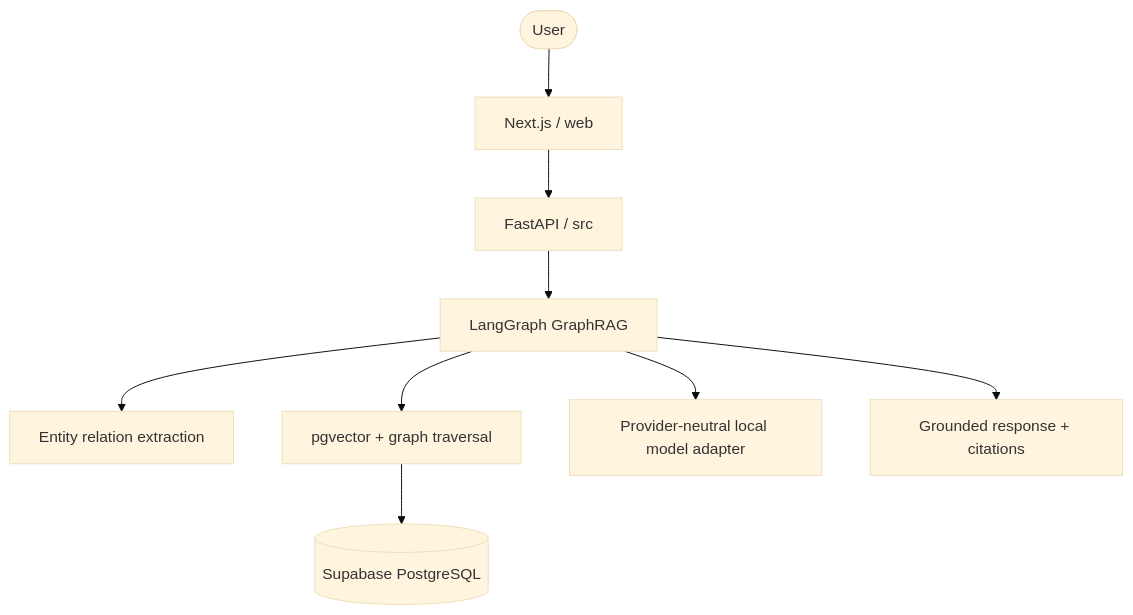
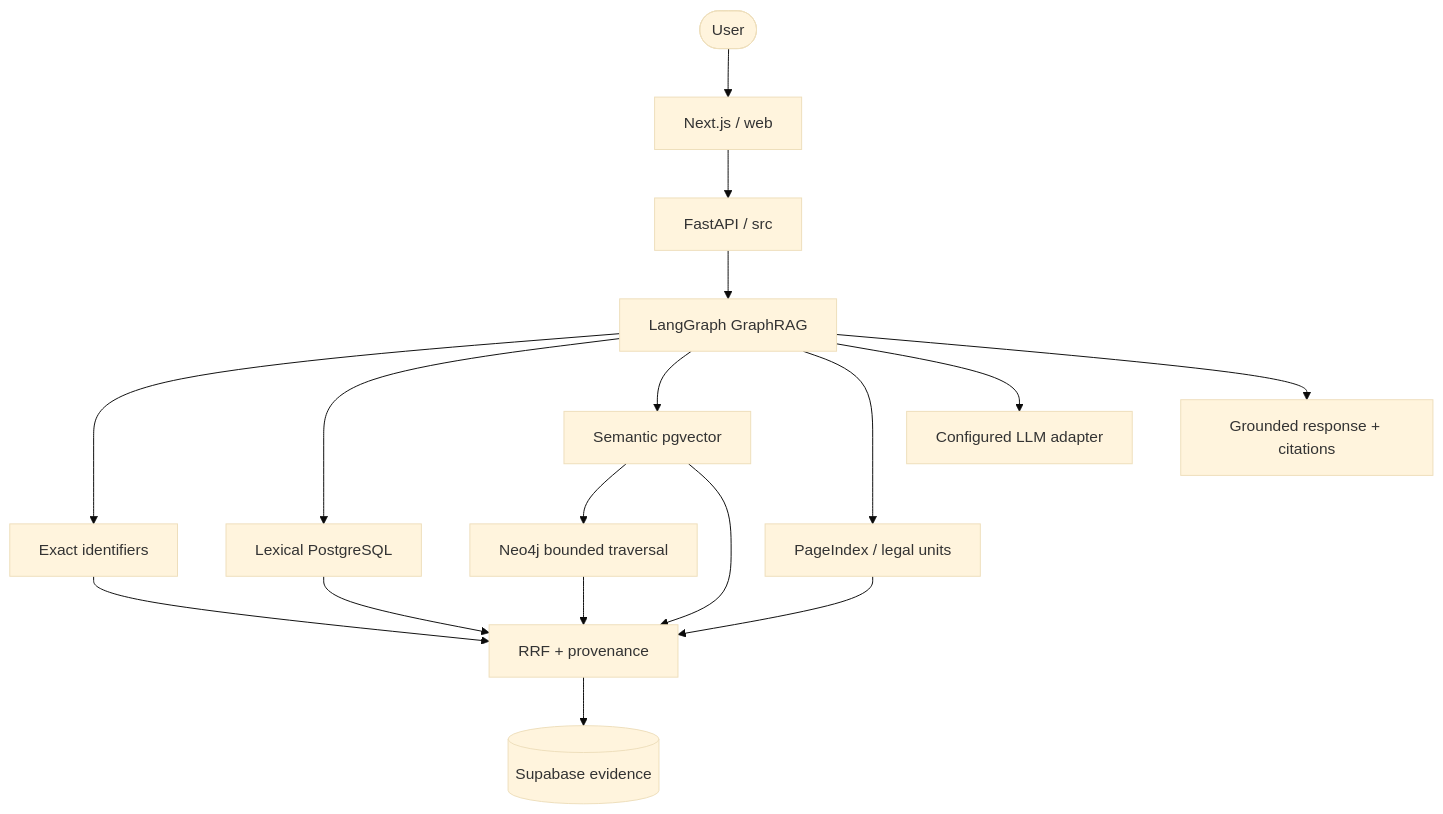
Before and after one commit to HOANGQUANGMINH371195/TEAM_GENIUS: the diagram in docs/guide/architecture/system-design.md, drawn with Mermaid (base theme). The commit also changed other lines of this file and 57 other files, not shown here.

Commit message:
Migrate data layer to Neo4j and GraphRAG indexes

````diff
--- a/docs/guide/architecture/system-design.md
+++ b/docs/guide/architecture/system-design.md
@@ -9,11 +9,19 @@
 ```mermaid
 graph TB
     User([User]) --> Web[Next.js / web]
     Web --> API[FastAPI / src]
     API --> Agent[LangGraph GraphRAG]
-    Agent --> Extract[Entity relation extraction]
-    Agent --> Retrieve[pgvector + graph traversal]
-    Retrieve --> DB[(Supabase PostgreSQL)]
-    Agent --> Local[Provider-neutral local model adapter]
+    Agent --> Exact[Exact identifiers]
+    Agent --> Lexical[Lexical PostgreSQL]
+    Agent --> Semantic[Semantic pgvector]
+    Agent --> PageIndex[PageIndex / legal units]
+    Semantic --> Graph[Neo4j bounded traversal]
+    Exact --> Fusion[RRF + provenance]
+    Lexical --> Fusion
+    Semantic --> Fusion
+    PageIndex --> Fusion
+    Graph --> Fusion
+    Fusion --> DB[(Supabase evidence)]
+    Agent --> Model[Configured LLM adapter]
     Agent --> Response[Grounded response + citations]
 ```
````
